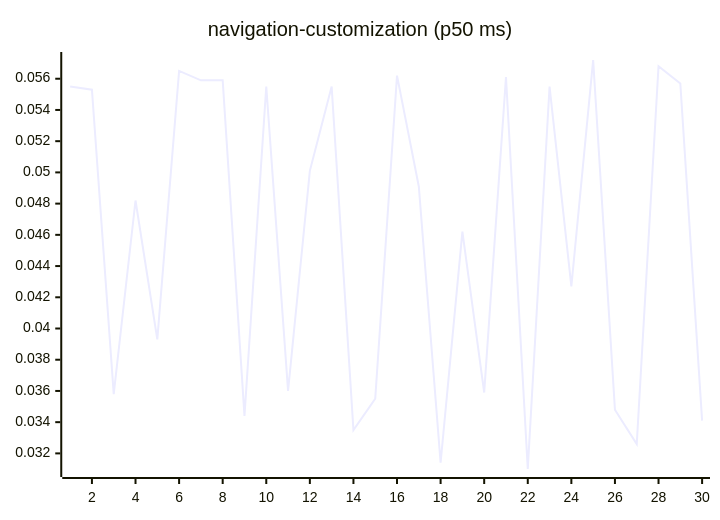
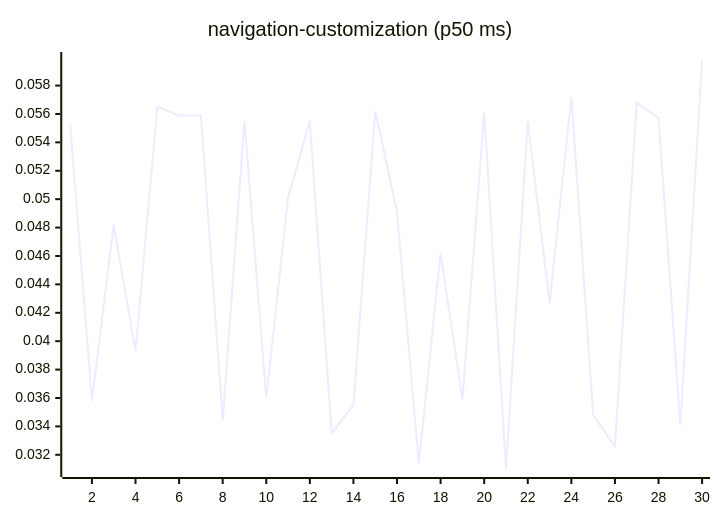
One commit to josha/Facet changed diagram 15 of 27 in README.md. Above: the diagram before and after it, drawn with Mermaid. The commit also changed other lines of this file and 2 other files, not shown here.

````diff
--- a/README.md
+++ b/README.md
@@ -161,6 +161,6 @@
 ```mermaid
 xychart-beta
     title "navigation-customization (p50 ms)"
     x-axis 1 --> 30
-    line [0.0555, 0.0553, 0.0358, 0.0482, 0.0393, 0.0565, 0.0559, 0.0559, 0.0344, 0.0555, 0.0360, 0.0501, 0.0555, 0.0335, 0.0355, 0.0562, 0.0491, 0.0314, 0.0462, 0.0359, 0.0561, 0.0310, 0.0555, 0.0427, 0.0572, 0.0348, 0.0326, 0.0568, 0.0557, 0.0341]
+    line [0.0553, 0.0358, 0.0482, 0.0393, 0.0565, 0.0559, 0.0559, 0.0344, 0.0555, 0.0360, 0.0501, 0.0555, 0.0335, 0.0355, 0.0562, 0.0491, 0.0314, 0.0462, 0.0359, 0.0561, 0.0310, 0.0555, 0.0427, 0.0572, 0.0348, 0.0326, 0.0568, 0.0557, 0.0341, 0.0598]
 ```
````
